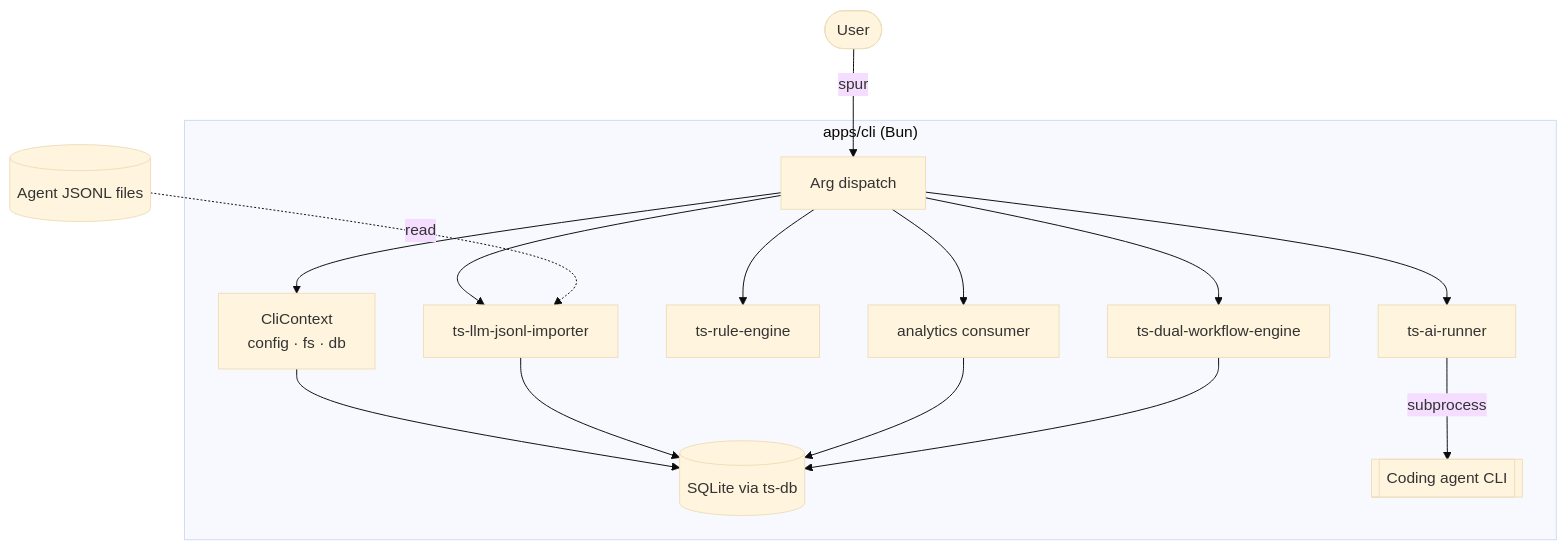
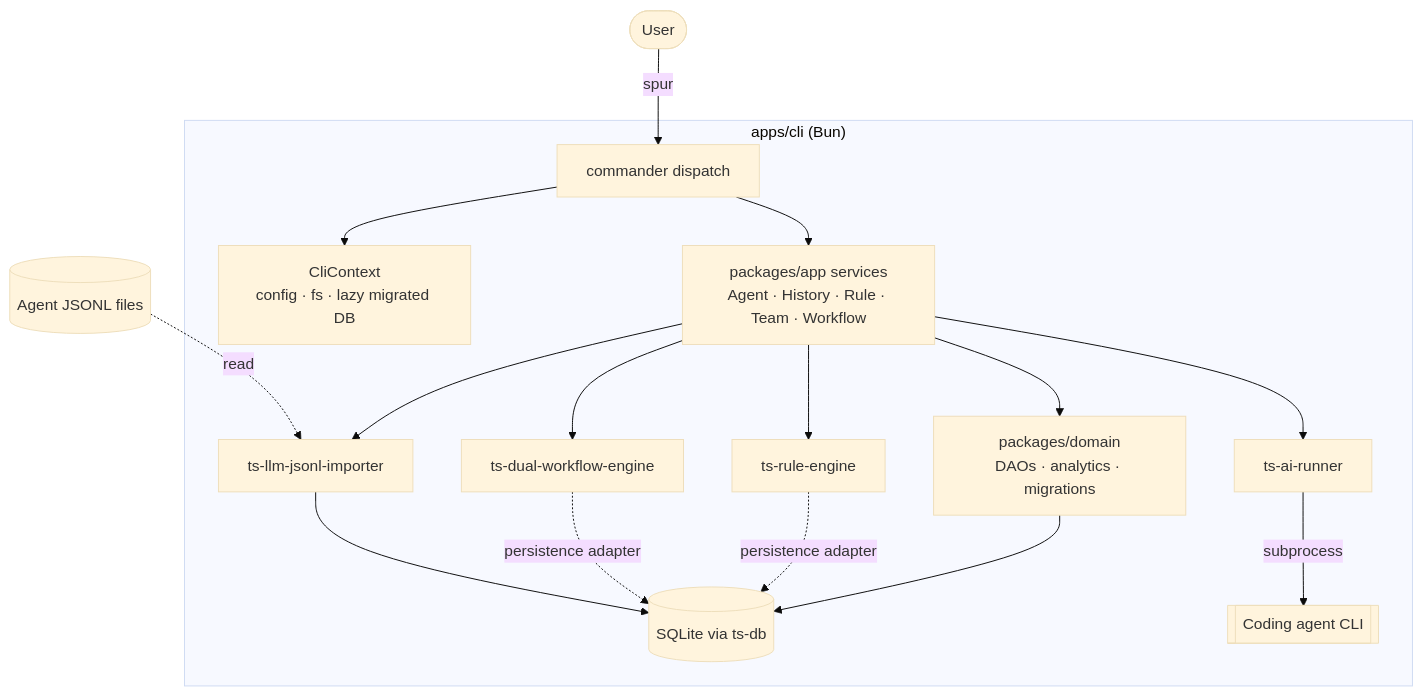
The diagram in docs/03_ARCHITECTURE.md (gobing-ai/spur), drawn with Mermaid (base theme) before and after one commit. The commit also changed other lines of this file and 4 other files, not shown here.

````diff
--- a/docs/03_ARCHITECTURE.md
+++ b/docs/03_ARCHITECTURE.md
@@ -68,18 +78,19 @@
 ```mermaid
 flowchart TD
     User([User]) -->|spur <command>| CLI
     subgraph Process["apps/cli (Bun)"]
-        CLI[Arg dispatch] --> Ctx[CliContext<br/>config · fs · db]
-        CLI --> AR[ts-ai-runner]
-        CLI --> RE[ts-rule-engine]
-        CLI --> WF[ts-dual-workflow-engine]
-        CLI --> HI[ts-llm-jsonl-importer]
-        CLI --> AN[analytics consumer]
-        Ctx --> DB[(SQLite via ts-db)]
+        CLI[commander dispatch] --> Ctx[CliContext<br/>config · fs · lazy migrated DB]
+        CLI --> APP[packages/app services<br/>Agent · History · Rule · Team · Workflow]
+        APP --> AR[ts-ai-runner]
+        APP --> RE[ts-rule-engine]
+        APP --> WF[ts-dual-workflow-engine]
+        APP --> HI[ts-llm-jsonl-importer]
+        APP --> DOM[packages/domain<br/>DAOs · analytics · migrations]
+        DOM --> DB[(SQLite via ts-db)]
+        RE -. persistence adapter .-> DB
+        WF -. persistence adapter .-> DB
+        HI --> DB
         AR -->|subprocess| Agent[[Coding agent CLI]]
-        HI --> DB
-        AN --> DB
-        WF --> DB
     end
     JSONL[(Agent JSONL files)] -.read.-> HI
 ```
````
